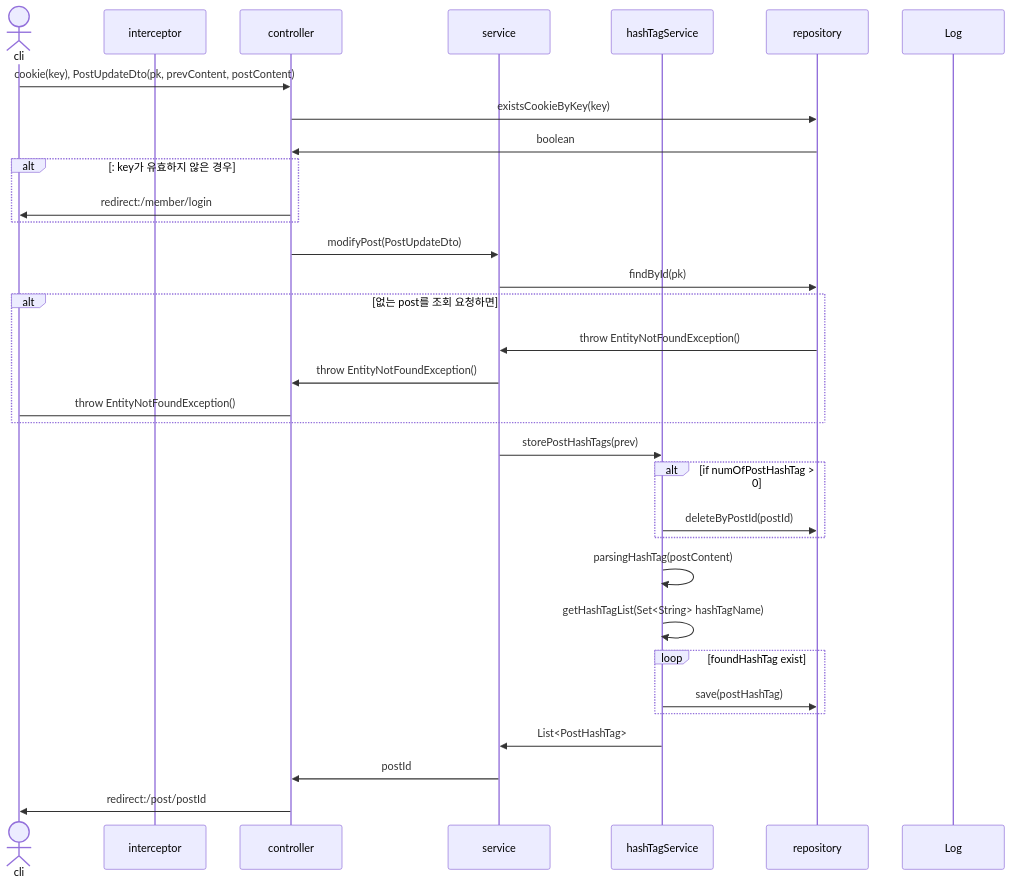
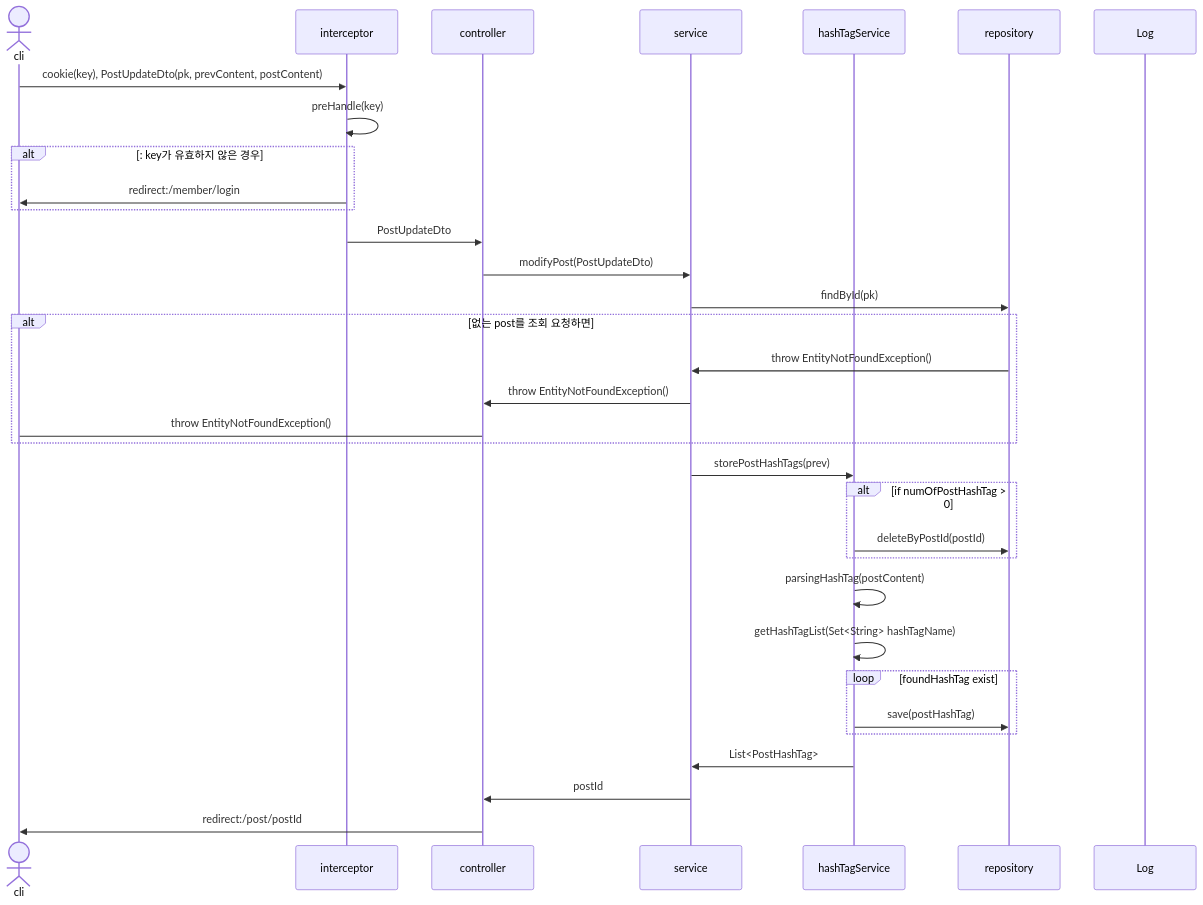
Before and after one commit to mtak0235/snsX: diagram 20 of 30 in sequence.md, drawn with Mermaid. The commit also changed other lines of this file, not shown here.

````diff
--- a/sequence.md
+++ b/sequence.md
@@ -509,36 +508,36 @@
 ```mermaid
 sequenceDiagram
 actor cli
 participant i as interceptor
 participant c as controller
 participant s as service
 participant hashTagService
 participant r as repository
 participant l as Log
 
-cli->>c: cookie(key), PostUpdateDto(pk, prevContent, postContent)
-c->>r: existsCookieByKey(key)
-r->>c: boolean
+cli->>i: cookie(key), PostUpdateDto(pk, prevContent, postContent)
+i->>i: preHandle(key)
 alt: key가 유효하지 않은 경우
-c->>cli: redirect:/member/login
+i->>cli: redirect:/member/login
 end
+i->>c: PostUpdateDto
 c->>s: modifyPost(PostUpdateDto)
 s->>r: findById(pk)
 alt 없는 post를 조회 요청하면
 r->>s: throw EntityNotFoundException()
 s->>c: throw EntityNotFoundException()
 c->cli: throw EntityNotFoundException()
 end
 s->>hashTagService: storePostHashTags(prev)
 alt if numOfPostHashTag > 0
 hashTagService->>r: deleteByPostId(postId)
 end
 hashTagService->>hashTagService: parsingHashTag(postContent)
 hashTagService->>hashTagService: getHashTagList(Set<String> hashTagName)
 loop foundHashTag exist
 hashTagService->>r: save(postHashTag) 
 end
 hashTagService->>s: List<PostHashTag>
 s->>c: postId
 c->>cli: redirect:/post/postId
 ```
````
